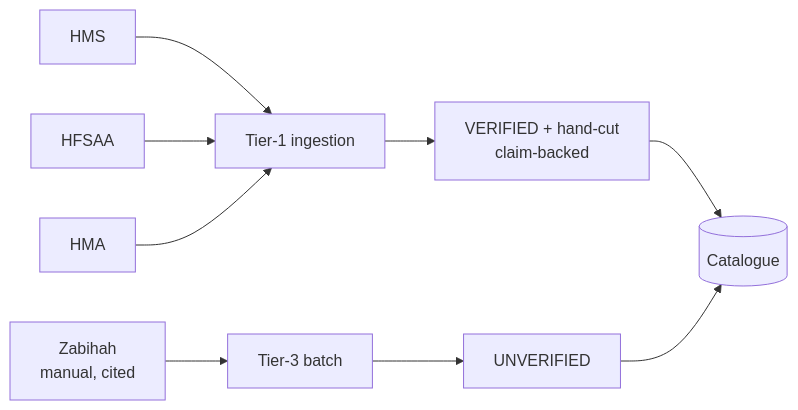
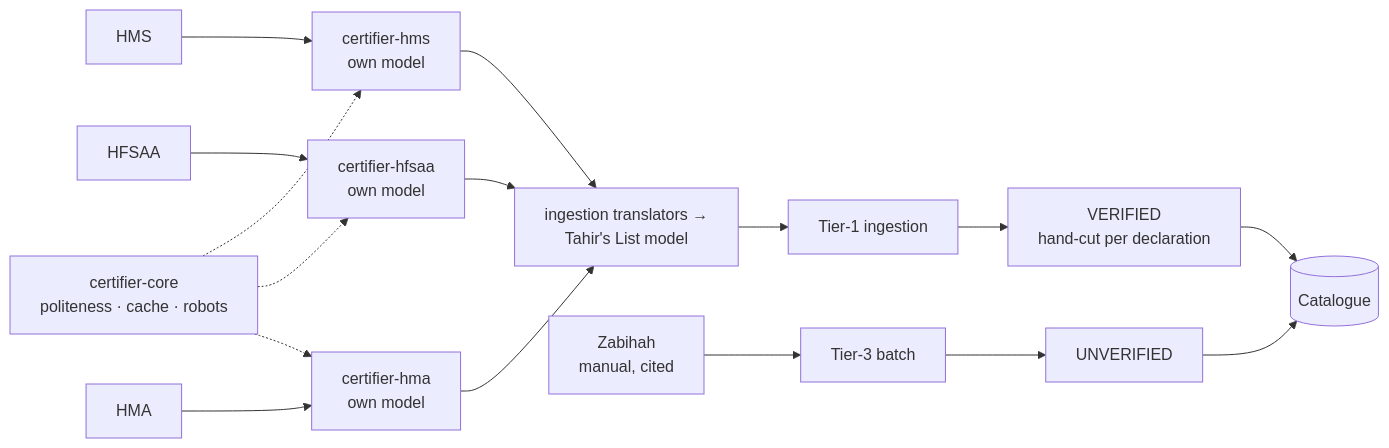
The diagram in docs/features/SC-211/00-story.md (Losers-Lab/tahirs-list), drawn with Mermaid before and after one commit. The commit also changed other lines of this file and 16 other files, not shown here.

````diff
--- a/docs/features/SC-211/00-story.md
+++ b/docs/features/SC-211/00-story.md
@@ -14,11 +14,18 @@
 ```mermaid
 flowchart LR
-  HMS[HMS] --> P["Tier-1 ingestion"]
-  HFSAA[HFSAA] --> P
-  HMA[HMA] --> P
+  HMS[HMS] --> LH["certifier-hms<br/>own model"]
+  HFSAA[HFSAA] --> LF["certifier-hfsaa<br/>own model"]
+  HMA[HMA] --> LM["certifier-hma<br/>own model"]
+  CORE["certifier-core<br/>politeness · cache · robots"] -.-> LH
+  CORE -.-> LF
+  CORE -.-> LM
+  LH --> TR["ingestion translators →<br/>Tahir's List model"]
+  LF --> TR
+  LM --> TR
   ZAB["Zabihah<br/>manual, cited"] --> T3["Tier-3 batch"]
-  P --> V["VERIFIED + hand-cut<br/>claim-backed"]
+  TR --> P["Tier-1 ingestion"]
+  P --> V["VERIFIED<br/>hand-cut per declaration"]
   T3 --> U["UNVERIFIED"]
   V --> CAT[("Catalogue")]
   U --> CAT
 ```
````
